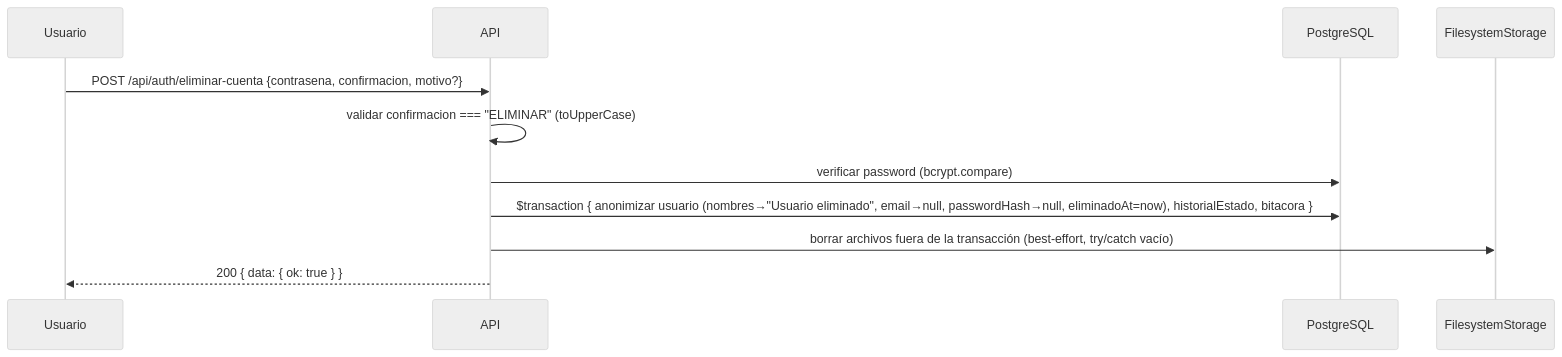
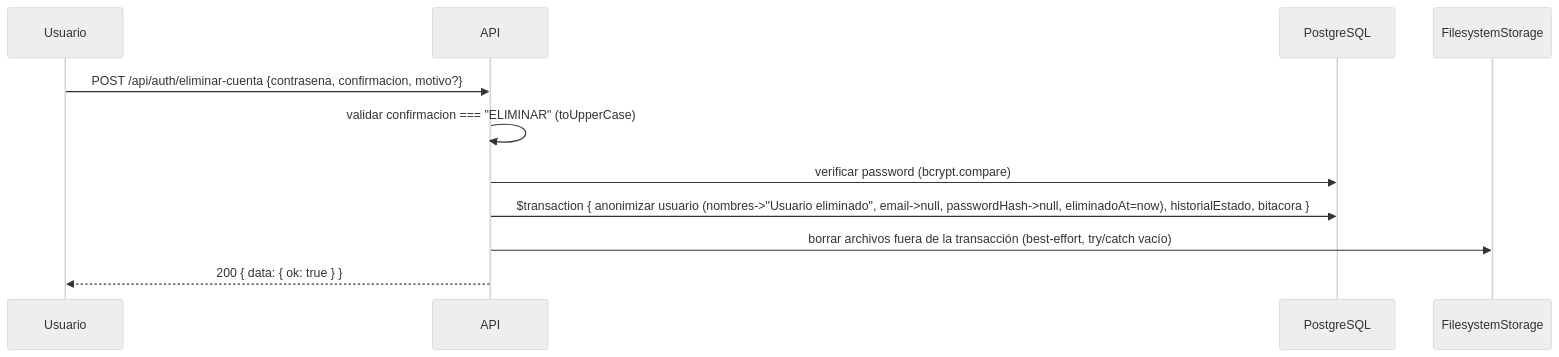
The sixth of 19 diagrams in docs/architecture/diagrams.md (Deividcodv/proyecto-analisis-Eduviagt), drawn with Mermaid (neutral theme) before and after one commit. The commit also changed other lines of this file and 180 other files, not shown here.

````diff
--- a/docs/architecture/diagrams.md
+++ b/docs/architecture/diagrams.md
@@ -144,14 +144,14 @@
 ```mermaid
 sequenceDiagram
   participant U as Usuario
   participant API as API
   participant DB as PostgreSQL
   participant FS as FilesystemStorage
 
   U->>API: POST /api/auth/eliminar-cuenta {contrasena, confirmacion, motivo?}
   API->>API: validar confirmacion === "ELIMINAR" (toUpperCase)
   API->>DB: verificar password (bcrypt.compare)
-  API->>DB: $transaction { anonimizar usuario (nombres→"Usuario eliminado", email→null, passwordHash→null, eliminadoAt=now), historialEstado, bitacora }
+  API->>DB: $transaction { anonimizar usuario (nombres->"Usuario eliminado", email->null, passwordHash->null, eliminadoAt=now), historialEstado, bitacora }
   API->>FS: borrar archivos fuera de la transacción (best-effort, try/catch vacío)
   API-->>U: 200 { data: { ok: true } }
 ```
````
